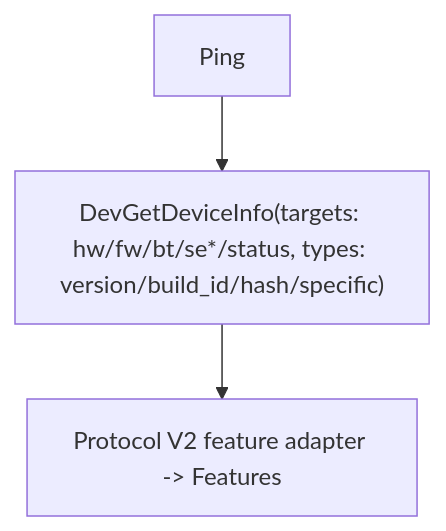
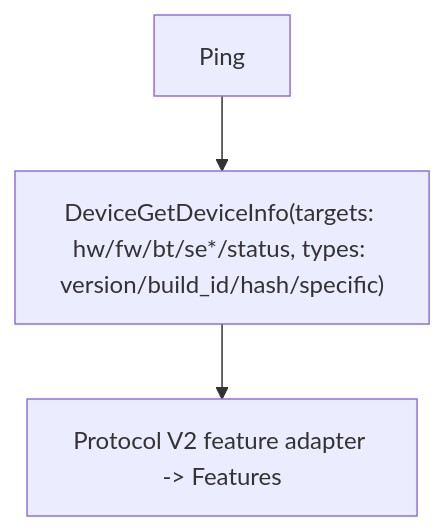
The fourth of 4 diagrams in docs/protocol-v2.md (OneKeyHQ/hardware-js-sdk), drawn with Mermaid before and after one commit. The commit also changed other lines of this file and 65 other files, not shown here.

Commit message:
feat: support pro2 protocol v2 usb flows

````diff
--- a/docs/protocol-v2.md
+++ b/docs/protocol-v2.md
@@ -154,8 +154,8 @@
 ```mermaid
 flowchart TD
   Ping["Ping"]
-  DeviceInfo["DevGetDeviceInfo(targets: hw/fw/bt/se*/status, types: version/build_id/hash/specific)"]
+  DeviceInfo["DeviceGetDeviceInfo(targets: hw/fw/bt/se*/status, types: version/build_id/hash/specific)"]
   Adapter["Protocol V2 feature adapter -> Features"]
 
   Ping --> DeviceInfo --> Adapter
 ```
````
